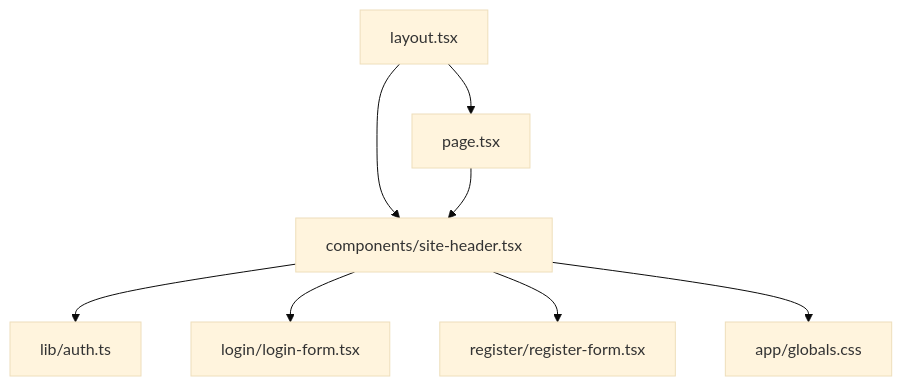
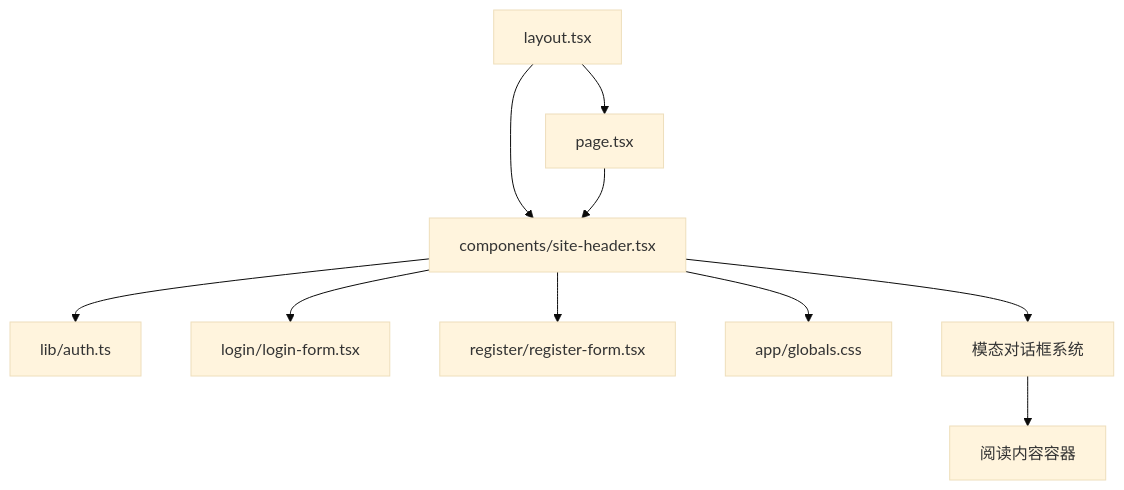
The first of 5 diagrams in .qoder/repowiki/zh/content/组件库/站点头部组件.md (wangzihao64/RAG_Front), drawn with Mermaid (base theme) before and after one commit. The commit also changed other lines of this file and 29 other files, not shown here.

````diff
--- a/.qoder/repowiki/zh/content/组件库/站点头部组件.md
+++ b/.qoder/repowiki/zh/content/组件库/站点头部组件.md
@@ -38,10 +45,12 @@
 ```mermaid
 graph TB
 Layout["layout.tsx"] --> Header["components/site-header.tsx"]
 Header --> AuthLib["lib/auth.ts"]
 Layout --> Page["page.tsx"]
 Page --> Header
 Header --> Login["login/login-form.tsx"]
 Header --> Register["register/register-form.tsx"]
 Header --> Styles["app/globals.css"]
+Header --> ModalSystem["模态对话框系统"]
+ModalSystem --> ReadingContent["阅读内容容器"]
 ```
````
